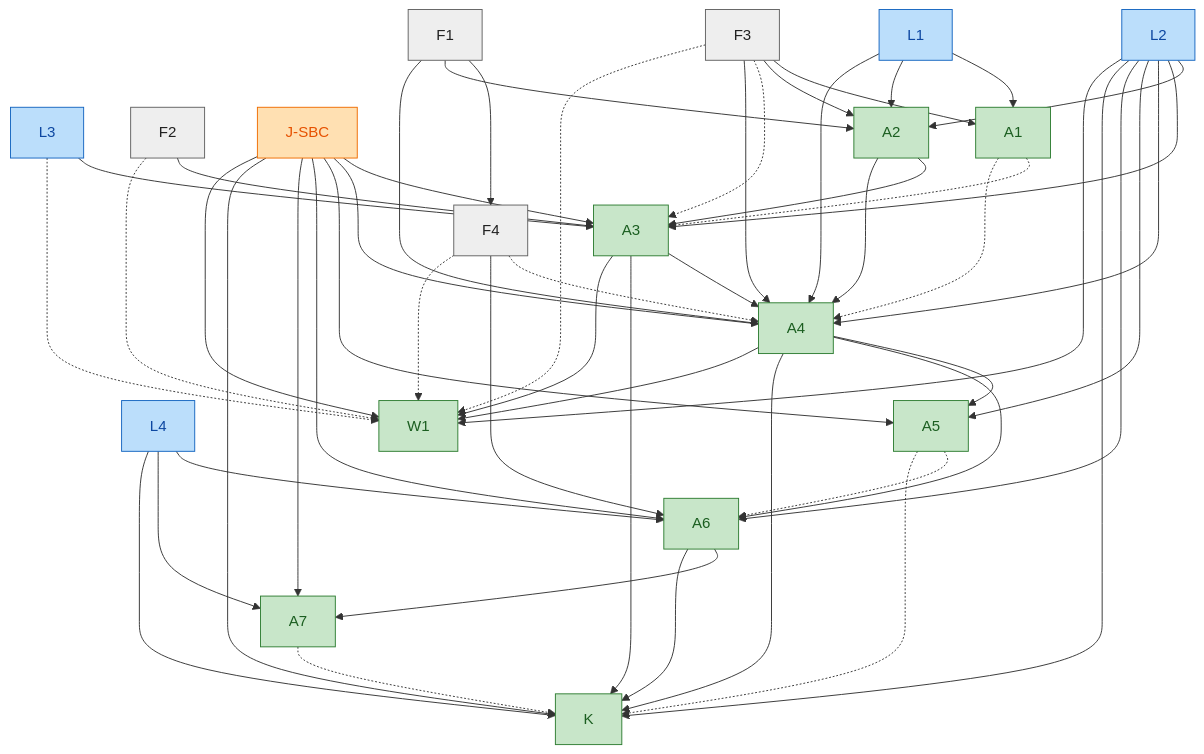
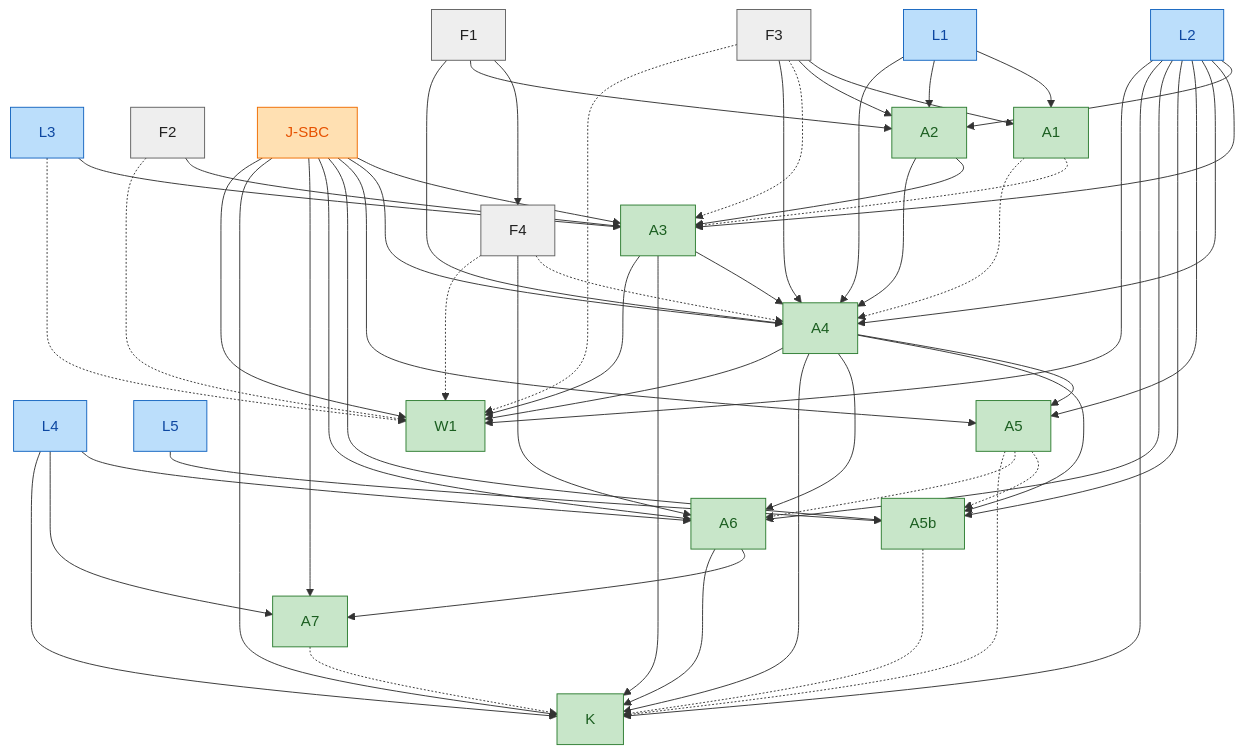
Before and after one commit to SeanWMurray/Canteen: the second of 4 diagrams in docs/blueprint/crystallization.md, drawn with Mermaid. The commit also changed other lines of this file and 17 other files, not shown here.

```diff
--- a/docs/blueprint/crystallization.md
+++ b/docs/blueprint/crystallization.md
@@ -94,71 +100,79 @@
   n1["L2"]:::encoded
   n2["L3"]:::encoded
   n3["L4"]:::encoded
-  n4["F1"]:::fact
-  n5["F2"]:::fact
-  n6["F3"]:::fact
-  n7["F4"]:::fact
-  n8["J-SBC"]:::judgment
-  n9["A1"]:::proven
-  n10["A2"]:::proven
-  n11["A3"]:::proven
-  n12["A4"]:::proven
-  n13["A5"]:::proven
-  n14["A6"]:::proven
-  n15["A7"]:::proven
-  n16["K"]:::proven
-  n17["W1"]:::proven
-  n4 --> n7
-  n0 --> n9
-  n6 --> n9
-  n6 --> n10
-  n4 --> n10
+  n4["L5"]:::encoded
+  n5["F1"]:::fact
+  n6["F2"]:::fact
+  n7["F3"]:::fact
+  n8["F4"]:::fact
+  n9["J-SBC"]:::judgment
+  n10["A1"]:::proven
+  n11["A2"]:::proven
+  n12["A3"]:::proven
+  n13["A4"]:::proven
+  n14["A5"]:::proven
+  n15["A5b"]:::proven
+  n16["A6"]:::proven
+  n17["A7"]:::proven
+  n18["K"]:::proven
+  n19["W1"]:::proven
+  n5 --> n8
   n0 --> n10
-  n1 --> n10
-  n10 --> n11
+  n7 --> n10
+  n7 --> n11
+  n5 --> n11
+  n0 --> n11
   n1 --> n11
-  n5 --> n11
-  n2 --> n11
-  n8 --> n11
-  n6 -.-> n11
-  n9 -.-> n11
-  n0 --> n12
   n11 --> n12
   n1 --> n12
-  n10 --> n12
   n6 --> n12
-  n4 --> n12
-  n8 --> n12
-  n9 -.-> n12
+  n2 --> n12
+  n9 --> n12
   n7 -.-> n12
+  n10 -.-> n12
+  n0 --> n13
+  n12 --> n13
   n1 --> n13
-  n12 --> n13
-  n8 --> n13
+  n11 --> n13
+  n7 --> n13
+  n5 --> n13
+  n9 --> n13
+  n10 -.-> n13
+  n8 -.-> n13
   n1 --> n14
-  n12 --> n14
-  n7 --> n14
-  n8 --> n14
-  n3 --> n14
-  n13 -.-> n14
-  n14 --> n15
-  n8 --> n15
-  n3 --> n15
-  n11 --> n16
+  n13 --> n14
+  n9 --> n14
+  n1 --> n15
+  n13 --> n15
+  n4 --> n15
+  n9 --> n15
+  n14 -.-> n15
+  n1 --> n16
+  n13 --> n16
   n8 --> n16
-  n1 --> n16
-  n12 --> n16
+  n9 --> n16
   n3 --> n16
-  n14 --> n16
-  n13 -.-> n16
-  n15 -.-> n16
-  n11 --> n17
-  n8 --> n17
-  n1 --> n17
-  n12 --> n17
-  n5 -.-> n17
-  n6 -.-> n17
-  n7 -.-> n17
-  n2 -.-> n17
+  n14 -.-> n16
+  n16 --> n17
+  n9 --> n17
+  n3 --> n17
+  n12 --> n18
+  n9 --> n18
+  n1 --> n18
+  n13 --> n18
+  n3 --> n18
+  n16 --> n18
+  n14 -.-> n18
+  n15 -.-> n18
+  n17 -.-> n18
+  n12 --> n19
+  n9 --> n19
+  n1 --> n19
+  n13 --> n19
+  n6 -.-> n19
+  n7 -.-> n19
+  n8 -.-> n19
+  n2 -.-> n19
   classDef proven fill:#c8e6c9,stroke:#2e7d32,color:#1b5e20
   classDef encoded fill:#bbdefb,stroke:#1565c0,color:#0d47a1
   classDef fact fill:#eeeeee,stroke:#616161,color:#212121
```
